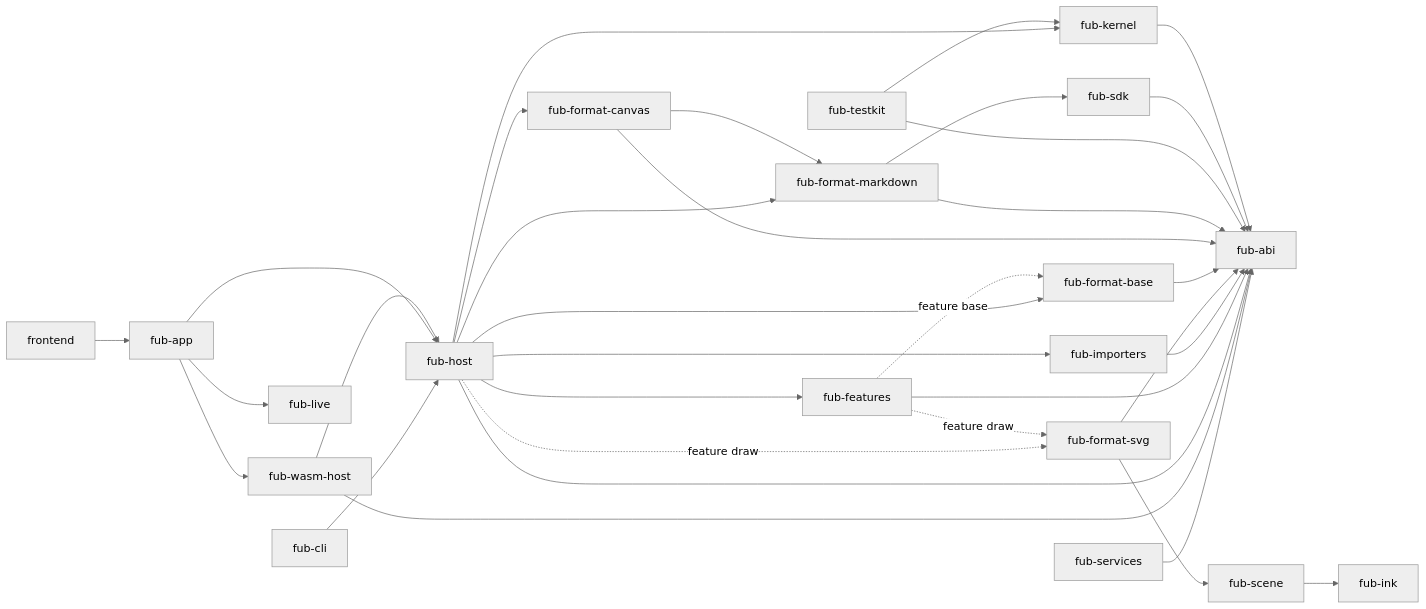
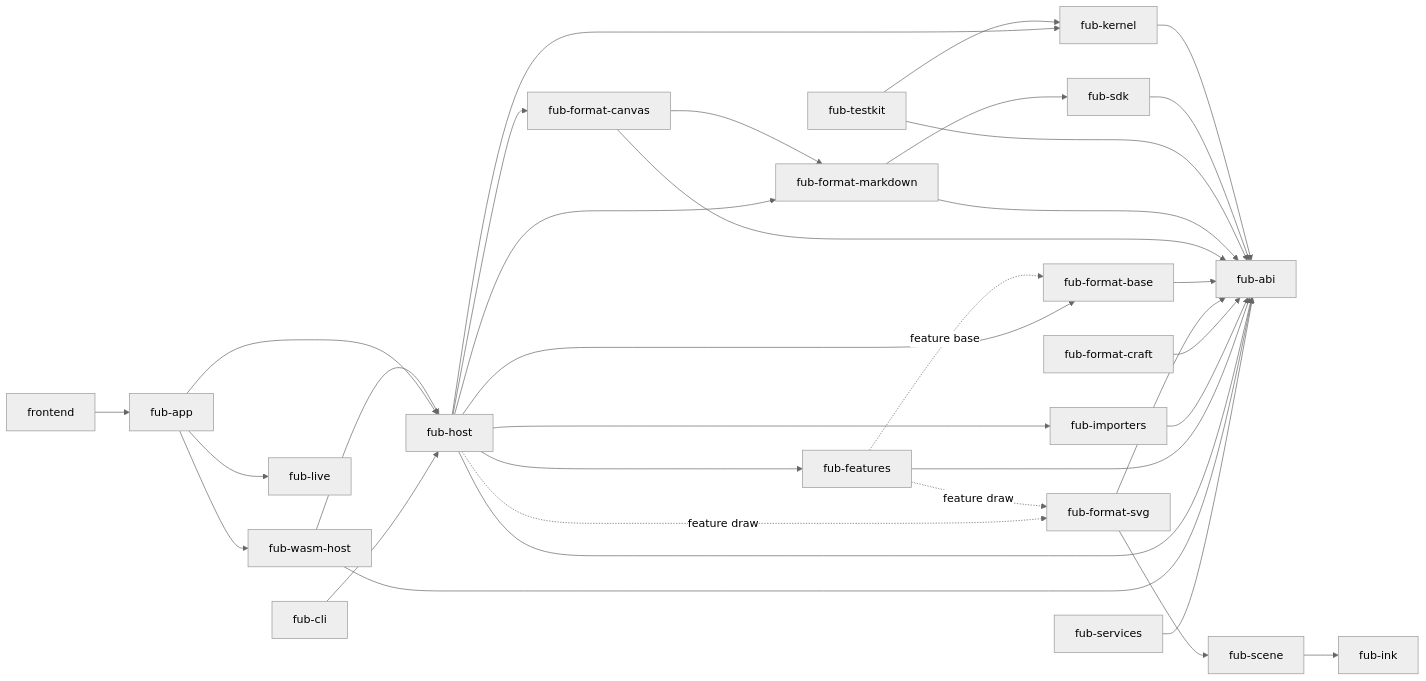
One commit to Fubeo/Fub changed the first of 3 diagrams in docs/architecture/components-and-boundaries.md. Above: the diagram before and after it, drawn with Mermaid (neutral theme). The commit also changed other lines of this file and 8 other files, not shown here.

````diff
--- a/docs/architecture/components-and-boundaries.md
+++ b/docs/architecture/components-and-boundaries.md
@@ -9,37 +9,38 @@
 ```mermaid
 flowchart LR
     ABI["fub-abi"]
     KERNEL["fub-kernel"] --> ABI
     SDK["fub-sdk"] --> ABI
     TESTKIT["fub-testkit"] --> KERNEL
     TESTKIT --> ABI
     MARKDOWN["fub-format-markdown"] --> ABI
     MARKDOWN --> SDK
     CANVAS["fub-format-canvas"] --> ABI
     CANVAS --> MARKDOWN
     BASE["fub-format-base"] --> ABI
     INK["fub-ink"]
     SCENE["fub-scene"] --> INK
     SVG["fub-format-svg"] --> ABI
     SVG --> SCENE
+    CRAFT["fub-format-craft"] --> ABI
     IMPORTERS["fub-importers"] --> ABI
     FEATURES["fub-features"] --> ABI
     FEATURES -. "feature base" .-> BASE
     FEATURES -. "feature draw" .-> SVG
     HOST["fub-host"] --> KERNEL
     HOST --> ABI
     HOST --> FEATURES
     HOST --> MARKDOWN
     HOST --> CANVAS
     HOST --> BASE
     HOST -. "feature draw" .-> SVG
     HOST --> IMPORTERS
     WASM["fub-wasm-host"] --> ABI
     WASM --> HOST
     APP["fub-app"] --> HOST
     APP --> WASM
     APP --> LIVE["fub-live"]
     CLI["fub-cli"] --> HOST
     SERVICES["fub-services"] --> ABI
     FRONTEND["frontend"] --> APP
 ```
````
